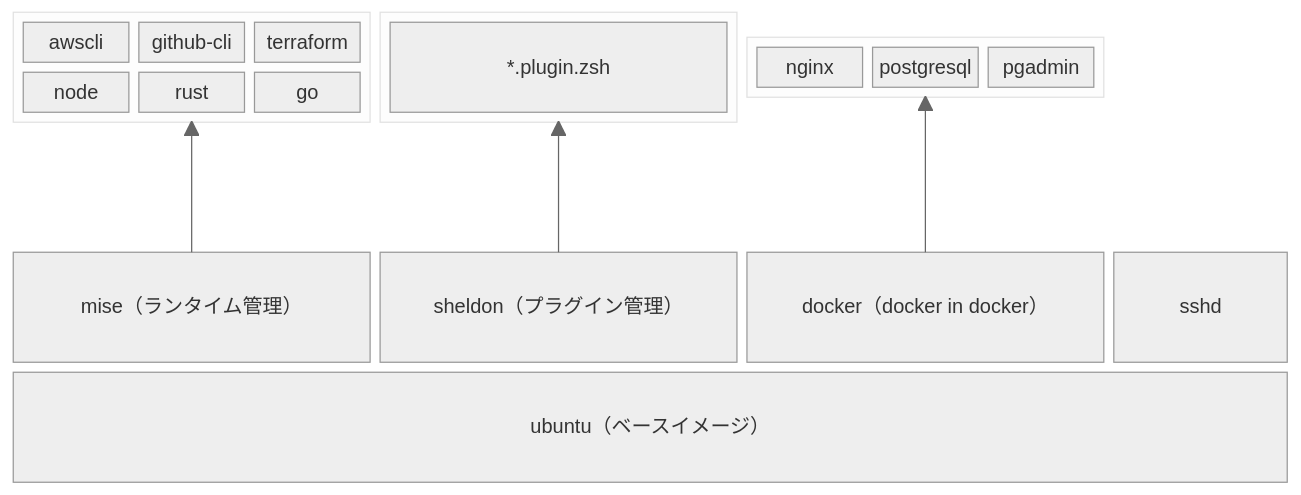
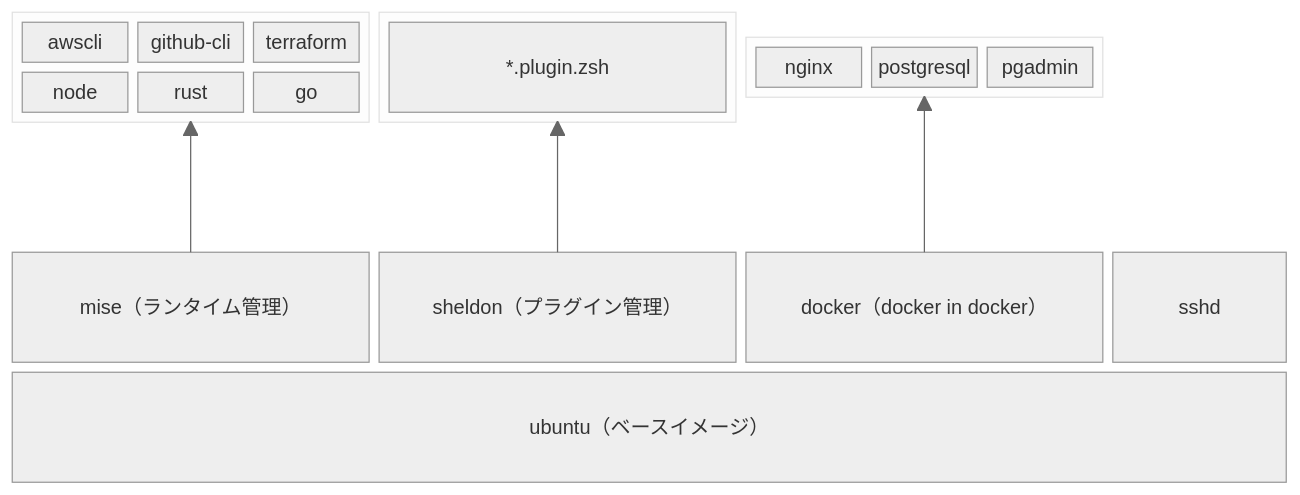
One commit to shinoda-yosuke-lvgs/hello-devcontainer changed the diagram in README.md. Above: the diagram before and after it, drawn with Mermaid.

Commit message:
Update devcontainer configuration and README.md with minor formatting changes and new sections

````diff
--- a/README.md
+++ b/README.md
@@ -32,35 +32,37 @@
 ```mermaid
 %%{init: {'theme':'neutral'}}%%
 block-beta
-  columns 7
+  columns 8
 
   block:feature1:2
     columns 3
     awscli githubcli["github-cli"] terraform node rust go
   end
     
   block:feature2:2
     zshplugins["*.plugin.zsh"]
   end
 
   block:feature3:2
     nginx
     postgresql
     pgadmin
   end
 
-  space:1
+  space:2
 
-  space:7
+  space:8
 
   mise["mise（ランタイム管理）"]:2
   sheldon["sheldon（プラグイン管理）"]:2
   dind["docker（docker in docker）"]:2
   sshd["sshd"]:1
+  space:1
 
   ubuntu["ubuntu（ベースイメージ）"]:7
+  space:1
 
   mise --> feature1
   sheldon --> feature2
   dind --> feature3
 ```
````
